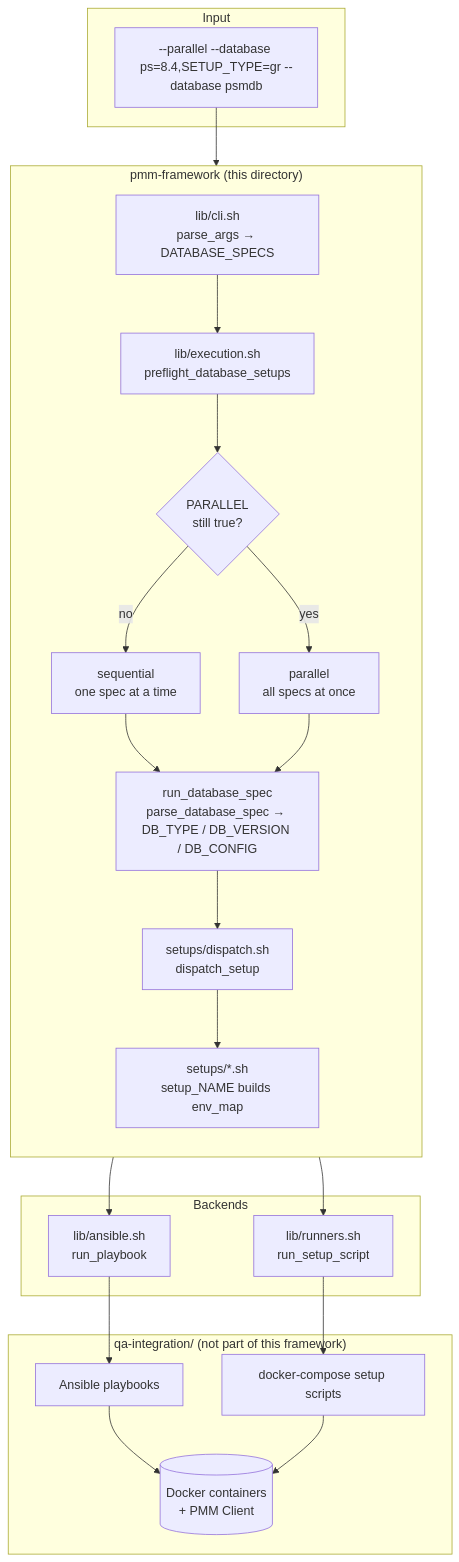
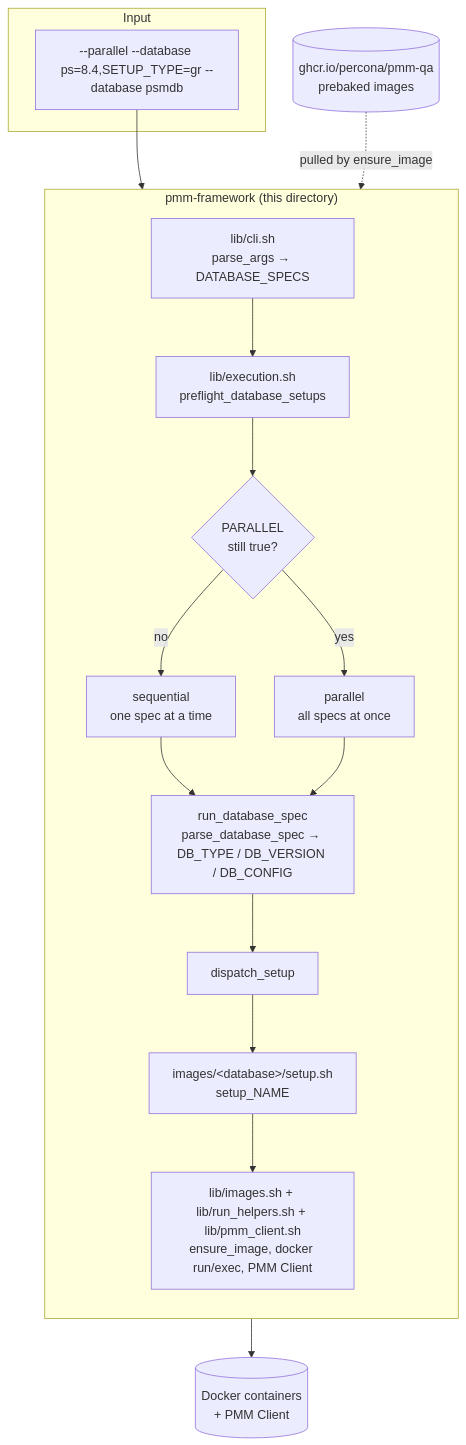
Before and after one commit to percona/pmm-qa: the first of 3 diagrams in qa-integration/pmm_qa/pmm-framework/ARCHITECTURE.md, drawn with Mermaid. The commit also changed other lines of this file and 238 other files, not shown here.

First line of the commit message:
PMM-15255 Run pmm-framework on prebaked Docker images (#1564)

````diff
--- a/qa-integration/pmm_qa/pmm-framework/ARCHITECTURE.md
+++ b/qa-integration/pmm_qa/pmm-framework/ARCHITECTURE.md
@@ -16,36 +16,28 @@
 ```mermaid
 flowchart TB
     subgraph CLI["Input"]
         ARGS["--parallel --database ps=8.4,SETUP_TYPE=gr --database psmdb"]
     end
 
     subgraph FW["pmm-framework (this directory)"]
         direction TB
         PARSE["lib/cli.sh<br/>parse_args → DATABASE_SPECS"]
         PRE["lib/execution.sh<br/>preflight_database_setups"]
         STRAT{"PARALLEL<br/>still true?"}
         SEQ["sequential<br/>one spec at a time"]
         PAR["parallel<br/>all specs at once"]
         SPEC["run_database_spec<br/>parse_database_spec → DB_TYPE / DB_VERSION / DB_CONFIG"]
-        DISP["setups/dispatch.sh<br/>dispatch_setup"]
-        SETUP["setups/*.sh<br/>setup_NAME builds env_map"]
+        DISP["dispatch_setup"]
+        SETUP["images/&lt;database&gt;/setup.sh<br/>setup_NAME"]
+        DK["lib/images.sh + lib/run_helpers.sh + lib/pmm_client.sh<br/>ensure_image, docker run/exec, PMM Client"]
     end
 
-    subgraph BACK["Backends"]
-        PB["lib/ansible.sh<br/>run_playbook"]
-        SC["lib/runners.sh<br/>run_setup_script"]
-    end
-
-    subgraph REAL["qa-integration/ (not part of this framework)"]
-        YML["Ansible playbooks"]
-        SH["docker-compose setup scripts"]
-        DOCKER[("Docker containers<br/>+ PMM Client")]
-    end
+    GHCR[("ghcr.io/percona/pmm-qa<br/>prebaked images")]
+    DOCKER[("Docker containers<br/>+ PMM Client")]
 
     ARGS --> PARSE --> PRE --> STRAT
     STRAT -- no --> SEQ --> SPEC
     STRAT -- yes --> PAR --> SPEC
-    SPEC --> DISP --> SETUP
-    SETUP --> PB --> YML --> DOCKER
-    SETUP --> SC --> SH --> DOCKER
+    SPEC --> DISP --> SETUP --> DK --> DOCKER
+    GHCR -. pulled by ensure_image .-> DK
 ```
````
